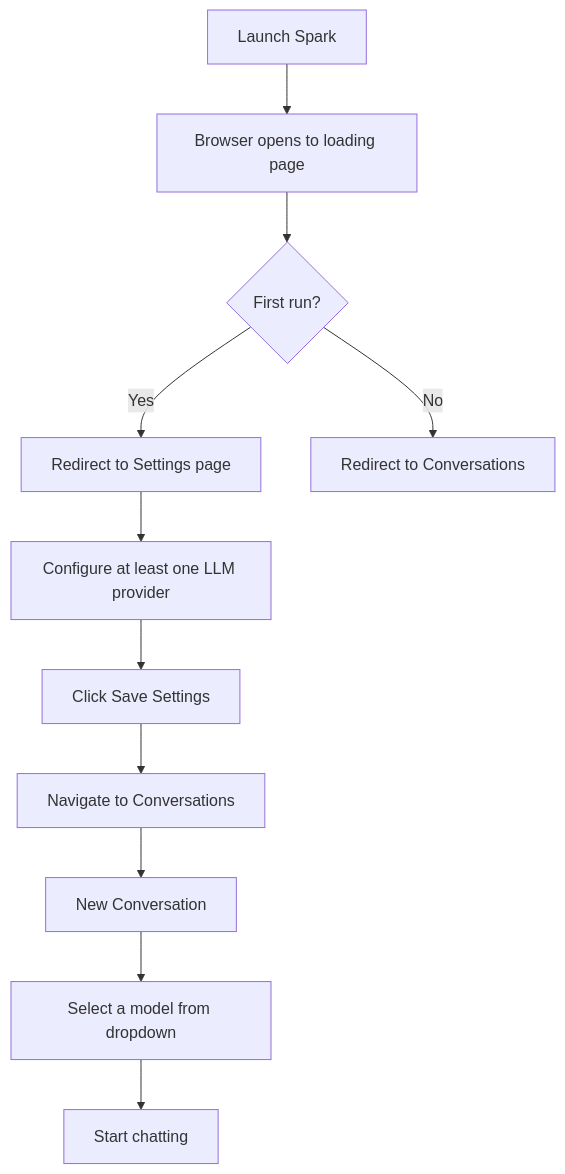
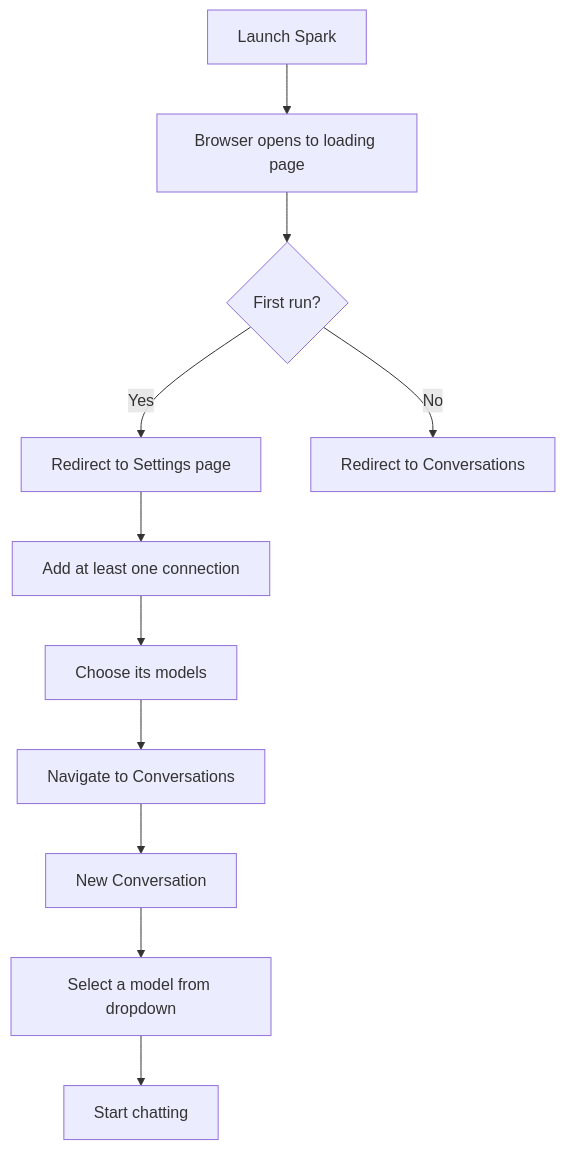
The first of 2 diagrams in docs/getting-started.md (Cognisn/spark), drawn with Mermaid before and after one commit. The commit also changed other lines of this file and 21 other files, not shown here.

````diff
--- a/docs/getting-started.md
+++ b/docs/getting-started.md
@@ -166,13 +166,13 @@
 ```mermaid
 flowchart TD
     A[Launch Spark] --> B[Browser opens to loading page]
     B --> C{First run?}
     C -- Yes --> D[Redirect to Settings page]
     C -- No --> E[Redirect to Conversations]
-    D --> F[Configure at least one LLM provider]
-    F --> G[Click Save Settings]
+    D --> F[Add at least one connection]
+    F --> G[Choose its models]
     G --> H[Navigate to Conversations]
     H --> I[New Conversation]
     I --> J[Select a model from dropdown]
     J --> K[Start chatting]
 ```
````
